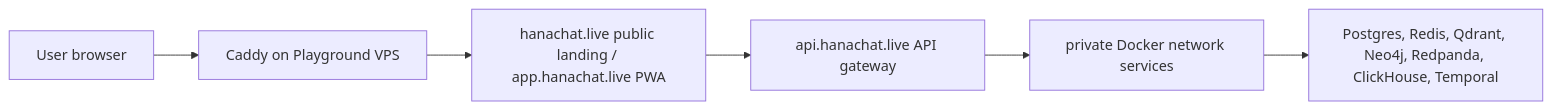
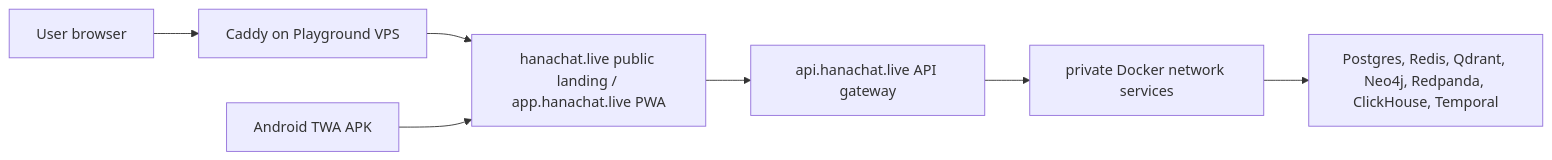
Before and after one commit to Afnanksalal/hana-chat: the diagram in docs/domain-integration.md, drawn with Mermaid. The commit also changed other lines of this file and 56 other files, not shown here.

Commit message:
feat: add Android TWA packaging

````diff
--- a/docs/domain-integration.md
+++ b/docs/domain-integration.md
@@ -5,8 +5,9 @@
 ```mermaid
 flowchart LR
   User["User browser"] --> Edge["Caddy on Playground VPS"]
   Edge --> Site["hanachat.live public landing / app.hanachat.live PWA"]
+  Android["Android TWA APK"] --> Site
   Site --> Api["api.hanachat.live API gateway"]
   Api --> Services["private Docker network services"]
   Services --> Data["Postgres, Redis, Qdrant, Neo4j, Redpanda, ClickHouse, Temporal"]
 ```
````
